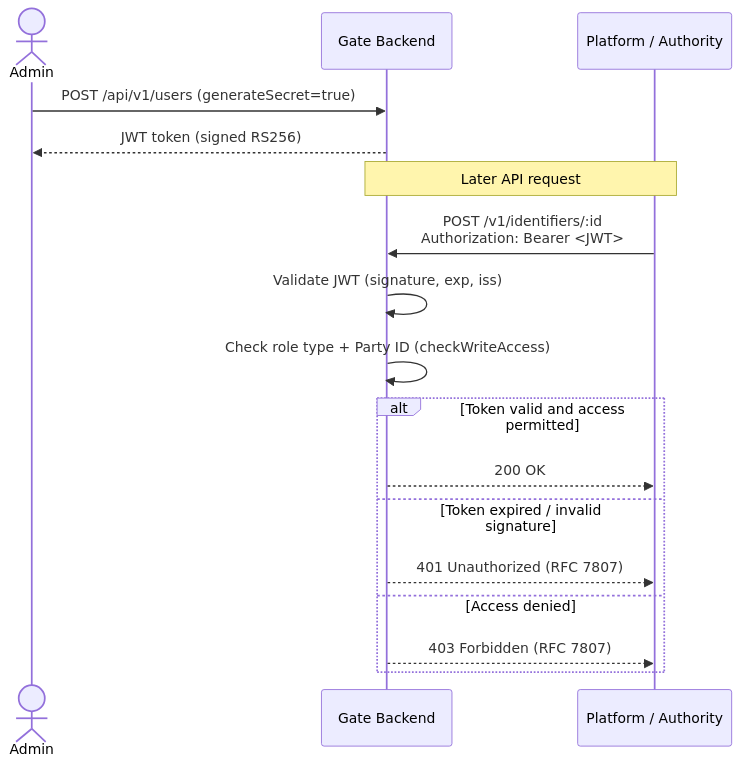
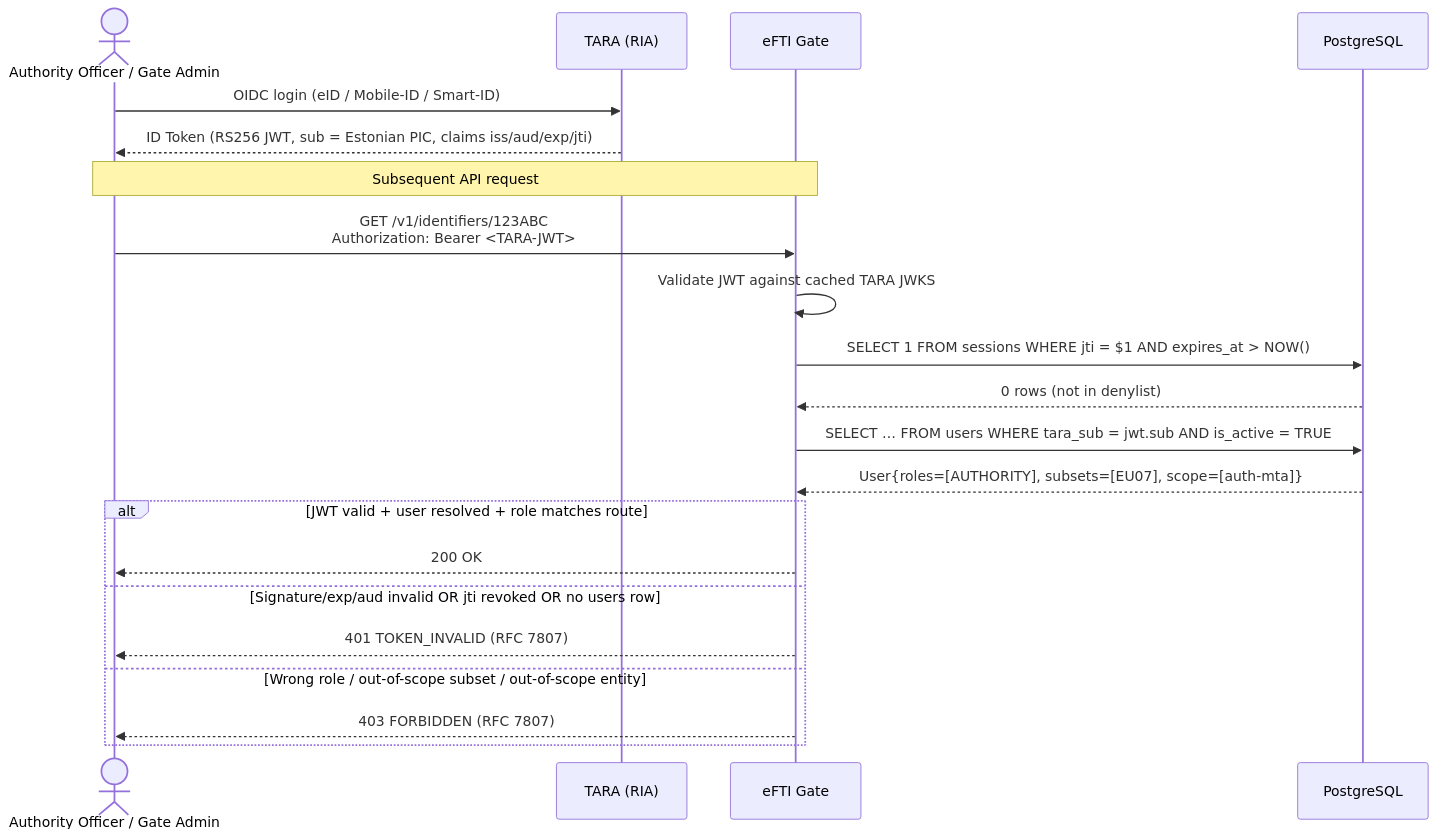
The third of 5 diagrams in docs/epics/epic_23_en.md (kemit-ee/efti-gate-ee), drawn with Mermaid before and after one commit. The commit also changed other lines of this file and 26 other files, not shown here.

````diff
--- a/docs/epics/epic_23_en.md
+++ b/docs/epics/epic_23_en.md
@@ -57,22 +57,26 @@
 ```mermaid
 sequenceDiagram
-    actor Admin
-    participant Gate as Gate Backend
-    participant Platform as Platform / Authority
+    actor Officer as Authority Officer / Gate Admin
+    participant TARA as TARA (RIA)
+    participant Gate as eFTI Gate
+    participant DB as PostgreSQL
 
-    Admin->>Gate: POST /api/v1/users (generateSecret=true)
-    Gate-->>Admin: JWT token (signed RS256)
+    Officer->>TARA: OIDC login (eID / Mobile-ID / Smart-ID)
+    TARA-->>Officer: ID Token (RS256 JWT, sub = Estonian PIC, claims iss/aud/exp/jti)
 
-    Note over Platform,Gate: Later API request
+    Note over Officer,Gate: Subsequent API request
 
-    Platform->>Gate: POST /v1/identifiers/:id<br/>Authorization: Bearer <JWT>
-    Gate->>Gate: Validate JWT (signature, exp, iss)
-    Gate->>Gate: Check role type + Party ID (checkWriteAccess)
-    alt Token valid and access permitted
-        Gate-->>Platform: 200 OK
-    else Token expired / invalid signature
-        Gate-->>Platform: 401 Unauthorized (RFC 7807)
-    else Access denied
-        Gate-->>Platform: 403 Forbidden (RFC 7807)
+    Officer->>Gate: GET /v1/identifiers/123ABC<br/>Authorization: Bearer <TARA-JWT>
+    Gate->>Gate: Validate JWT against cached TARA JWKS
+    Gate->>DB: SELECT 1 FROM sessions WHERE jti = $1 AND expires_at > NOW()
+    DB-->>Gate: 0 rows (not in denylist)
+    Gate->>DB: SELECT … FROM users WHERE tara_sub = jwt.sub AND is_active = TRUE
+    DB-->>Gate: User{roles=[AUTHORITY], subsets=[EU07], scope=[auth-mta]}
+    alt JWT valid + user resolved + role matches route
+        Gate-->>Officer: 200 OK
+    else Signature/exp/aud invalid OR jti revoked OR no users row
+        Gate-->>Officer: 401 TOKEN_INVALID (RFC 7807)
+    else Wrong role / out-of-scope subset / out-of-scope entity
+        Gate-->>Officer: 403 FORBIDDEN (RFC 7807)
     end
 ```
````
